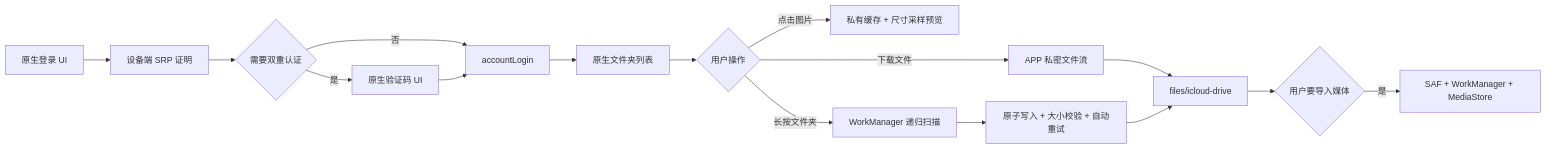
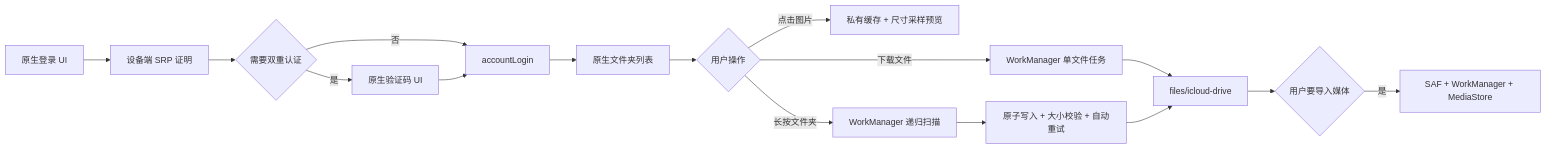
The diagram in docs/DEVELOPMENT.md (Faker1024/icloud-sync), drawn with Mermaid before and after one commit. The commit also changed other lines of this file and 23 other files, not shown here.

````diff
--- a/docs/DEVELOPMENT.md
+++ b/docs/DEVELOPMENT.md
@@ -36,18 +36,18 @@
 ```mermaid
 flowchart LR
     A[原生登录 UI] --> B[设备端 SRP 证明]
     B --> C{需要双重认证}
     C -->|是| D[原生验证码 UI]
     C -->|否| E[accountLogin]
     D --> E
     E --> F[原生文件夹列表]
     F --> G{用户操作}
     G -->|点击图片| H[私有缓存 + 尺寸采样预览]
-    G -->|下载文件| I[APP 私密文件流]
+    G -->|下载文件| I[WorkManager 单文件任务]
     G -->|长按文件夹| J[WorkManager 递归扫描]
     J --> K[原子写入 + 大小校验 + 自动重试]
     I --> L[files/icloud-drive]
     K --> L
     L --> M{用户要导入媒体}
     M -->|是| N[SAF + WorkManager + MediaStore]
 ```
````
